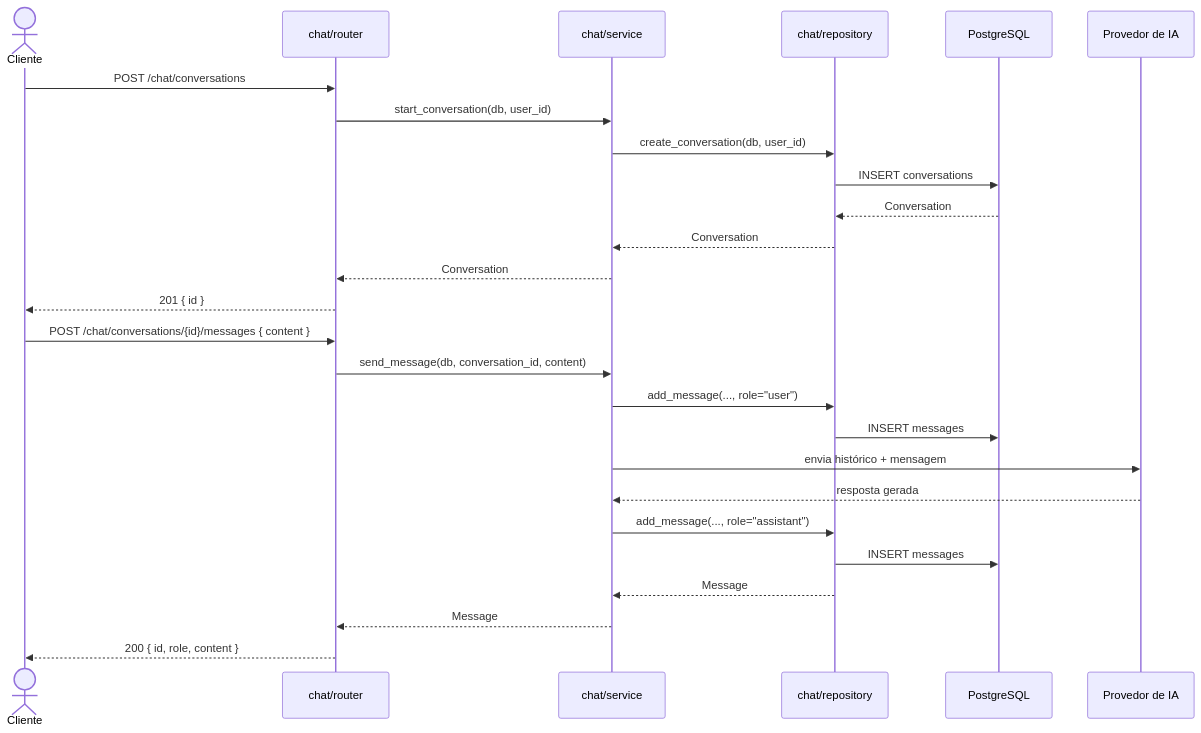
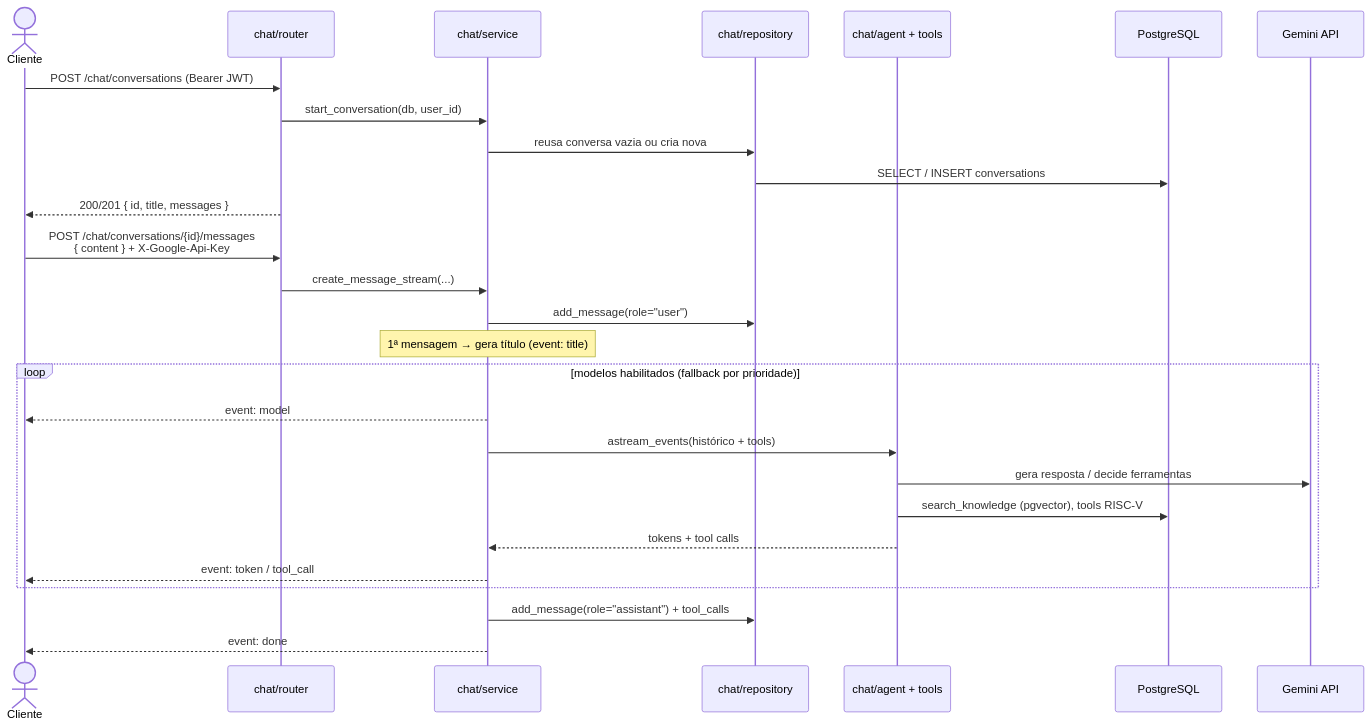
One commit to LuisHenriqueDaSilv/ISCTools-backend changed the second of 3 diagrams in README.md. Above: the diagram before and after it, drawn with Mermaid. The commit also changed other lines of this file and 7 other files, not shown here.

````diff
--- a/README.md
+++ b/README.md
@@ -74,30 +102,31 @@
 ```mermaid
 sequenceDiagram
     actor Cliente
     participant Router as chat/router
     participant Service as chat/service
     participant Repo as chat/repository
+    participant Agent as chat/agent + tools
     participant DB as PostgreSQL
-    participant IA as Provedor de IA
+    participant Gemini as Gemini API
 
-    Cliente->>Router: POST /chat/conversations
+    Cliente->>Router: POST /chat/conversations (Bearer JWT)
     Router->>Service: start_conversation(db, user_id)
-    Service->>Repo: create_conversation(db, user_id)
-    Repo->>DB: INSERT conversations
-    DB-->>Repo: Conversation
-    Repo-->>Service: Conversation
-    Service-->>Router: Conversation
-    Router-->>Cliente: 201 { id }
+    Service->>Repo: reusa conversa vazia ou cria nova
+    Repo->>DB: SELECT / INSERT conversations
+    Router-->>Cliente: 200/201 { id, title, messages }
 
-    Cliente->>Router: POST /chat/conversations/{id}/messages { content }
-    Router->>Service: send_message(db, conversation_id, content)
-    Service->>Repo: add_message(..., role="user")
-    Repo->>DB: INSERT messages
-    Service->>IA: envia histórico + mensagem
-    IA-->>Service: resposta gerada
-    Service->>Repo: add_message(..., role="assistant")
-    Repo->>DB: INSERT messages
-    Repo-->>Service: Message
-    Service-->>Router: Message
-    Router-->>Cliente: 200 { id, role, content }
+    Cliente->>Router: POST /chat/conversations/{id}/messages<br/>{ content } + X-Google-Api-Key
+    Router->>Service: create_message_stream(...)
+    Service->>Repo: add_message(role="user")
+    Note over Service: 1ª mensagem → gera título (event: title)
+    loop modelos habilitados (fallback por prioridade)
+        Service-->>Cliente: event: model
+        Service->>Agent: astream_events(histórico + tools)
+        Agent->>Gemini: gera resposta / decide ferramentas
+        Agent->>DB: search_knowledge (pgvector), tools RISC-V
+        Agent-->>Service: tokens + tool calls
+        Service-->>Cliente: event: token / tool_call
+    end
+    Service->>Repo: add_message(role="assistant") + tool_calls
+    Service-->>Cliente: event: done
 ```
````
